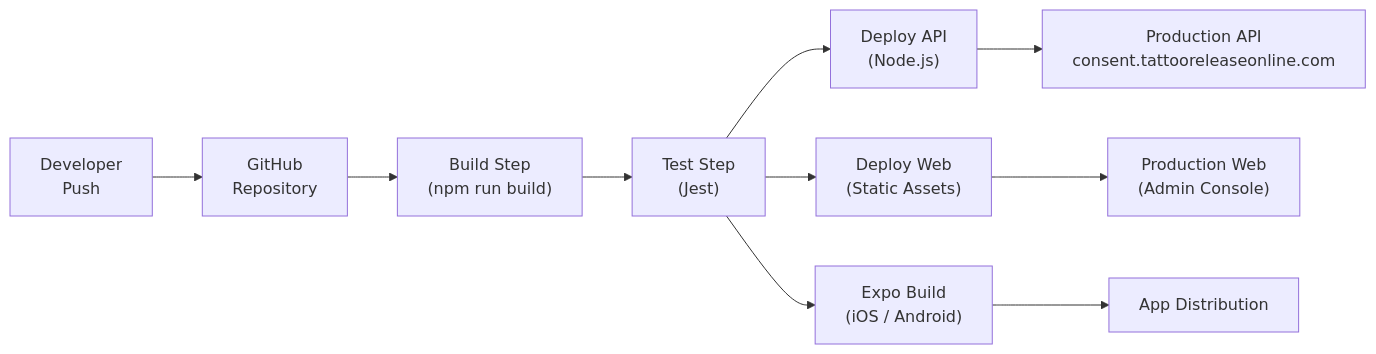
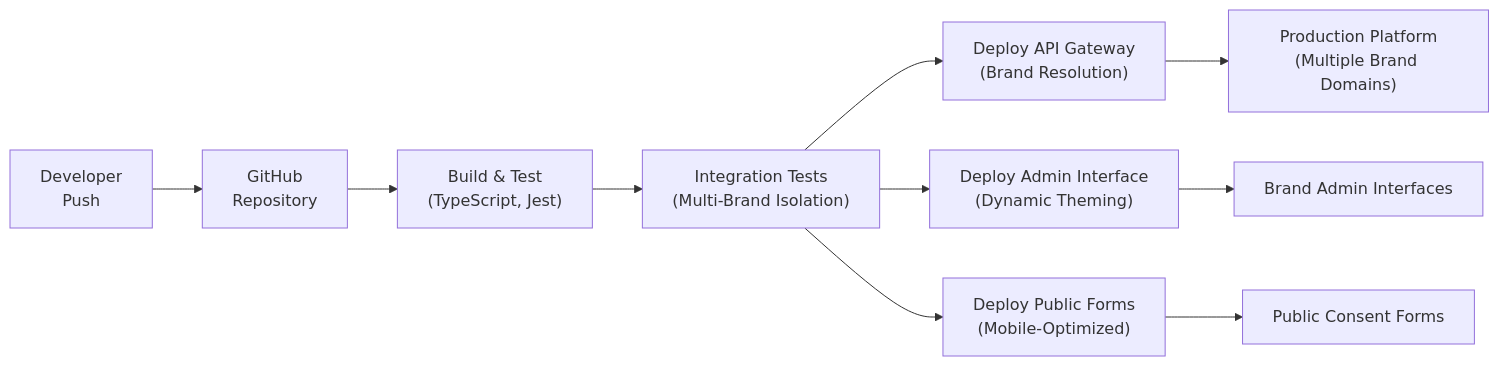
One commit to ruegreen/consent-saas-platform-architecture changed the fifth of 6 diagrams in architecture/diagrams.md. Above: the diagram before and after it, drawn with Mermaid. The commit also changed other lines of this file and 5 other files, not shown here.

````diff
--- a/architecture/diagrams.md
+++ b/architecture/diagrams.md
@@ -146,12 +146,12 @@
 ```mermaid
 flowchart LR
     DEV["Developer\nPush"] --> GIT["GitHub\nRepository"]
-    GIT --> BUILD["Build Step\n(npm run build)"]
-    BUILD --> TEST["Test Step\n(Jest)"]
-    TEST --> DEPLOY_API["Deploy API\n(Node.js)"]
-    TEST --> DEPLOY_WEB["Deploy Web\n(Static Assets)"]
-    TEST --> DEPLOY_MOBILE["Expo Build\n(iOS / Android)"]
-    DEPLOY_API --> PROD_API["Production API\nconsent.tattooreleaseonline.com"]
-    DEPLOY_WEB --> PROD_WEB["Production Web\n(Admin Console)"]
-    DEPLOY_MOBILE --> STORES["App Distribution"]
+    GIT --> BUILD["Build & Test\n(TypeScript, Jest)"]
+    BUILD --> TEST["Integration Tests\n(Multi-Brand Isolation)"]
+    TEST --> DEPLOY_API["Deploy API Gateway\n(Brand Resolution)"]
+    TEST --> DEPLOY_ADMIN["Deploy Admin Interface\n(Dynamic Theming)"]
+    TEST --> DEPLOY_PUBLIC["Deploy Public Forms\n(Mobile-Optimized)"]
+    DEPLOY_API --> PROD_API["Production Platform\n(Multiple Brand Domains)"]
+    DEPLOY_ADMIN --> PROD_ADMIN["Brand Admin Interfaces"]
+    DEPLOY_PUBLIC --> PROD_PUBLIC["Public Consent Forms"]
 ```
````
